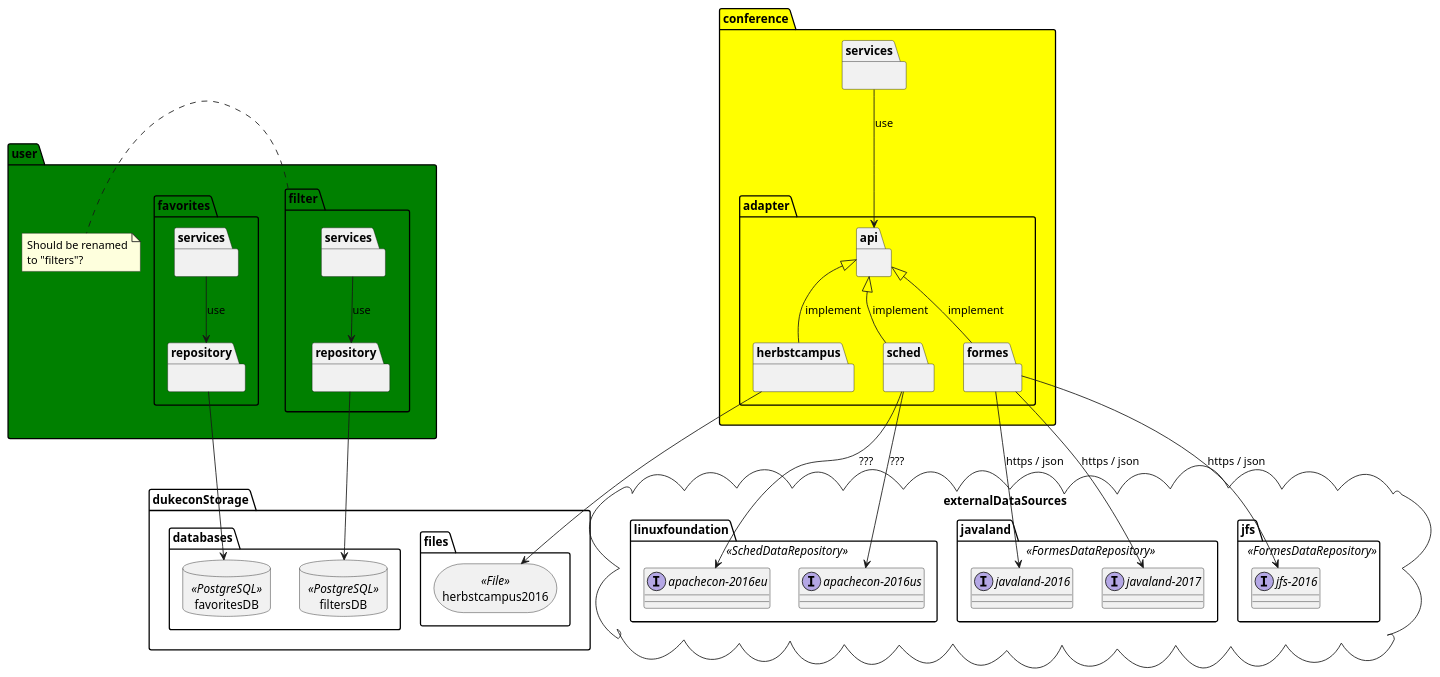
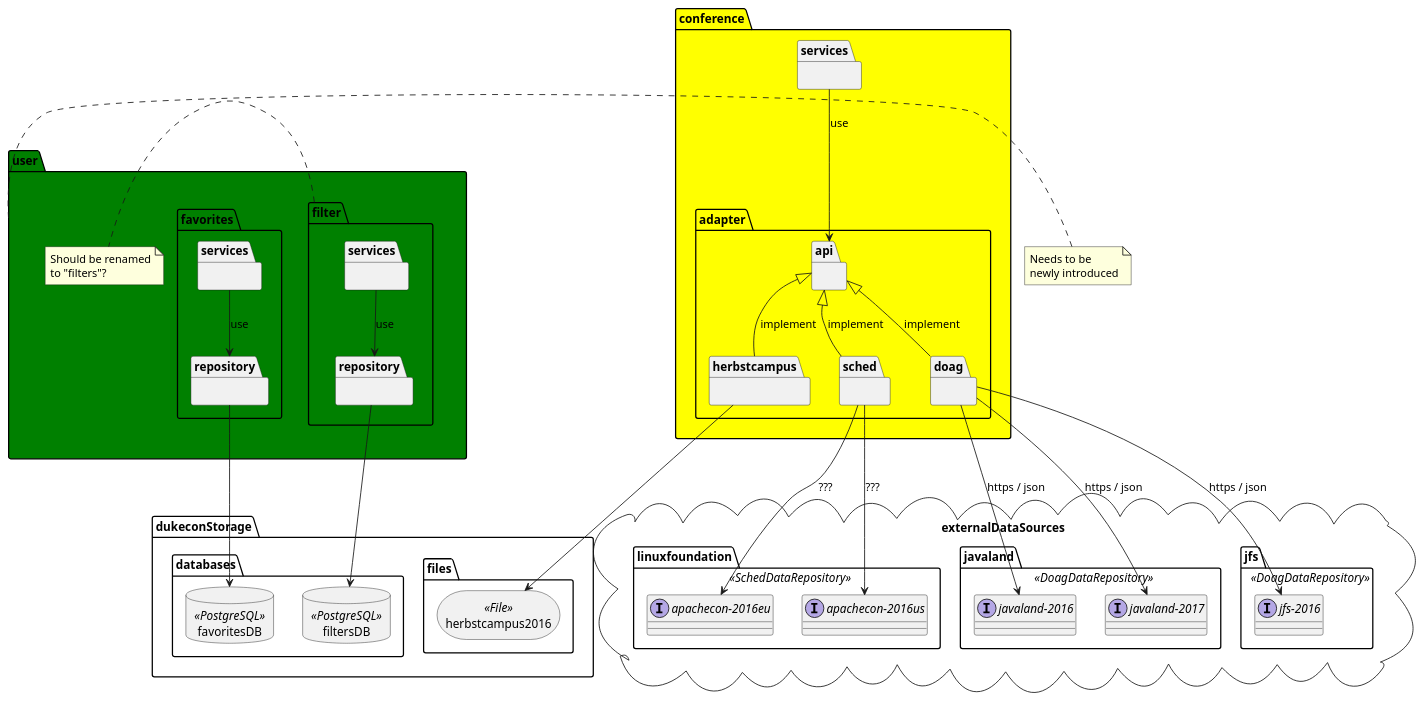
One commit to dukecon/dukecon_server changed the diagram in src/docs/asciidoc/images/level0-whitebox-architecture.puml. Above: the diagram before and after it, drawn with PlantUML.

Commit message:
Renamed "Formes" to "Doag"

```diff
--- a/src/docs/asciidoc/images/level0-whitebox-architecture.puml
+++ b/src/docs/asciidoc/images/level0-whitebox-architecture.puml
@@ -1,87 +1,91 @@
 @startuml
 skinparam componentStyle uml2
 
 'cloud dukecon {
 package "conference" #yellow {
   package "services" as ConferenceServices {
   }
   package adapter as ConferenceAdapters {
     package api as ConferenceAdapterApi {
     }
     package sched as ConferenceAdapterSched {
     }
-    package formes as ConferenceAdapterFormes {
+    package doag as ConferenceAdapterDoag {
     }
     package herbstcampus as ConferenceAdapterHerbstcampus {
     }
     ConferenceAdapterApi <|-- ConferenceAdapterSched : implement
-    ConferenceAdapterApi <|-- ConferenceAdapterFormes : implement
+    ConferenceAdapterApi <|-- ConferenceAdapterDoag : implement
     ConferenceAdapterApi <|-- ConferenceAdapterHerbstcampus : implement
   }
   ConferenceServices --> ConferenceAdapterApi : use
 }
 
 package user #green {
 package "favorites" {
   package services as FavoritesServices {
   }
   package repository as FavoritesRepository {
   }
   FavoritesServices --> FavoritesRepository : use
 }
 
 package filter {
   package services as FiltersServices {
   }
   package repository as FiltersRepository {
   }
   FiltersServices --> FiltersRepository : use
 }
 note right of filter
     Should be renamed
     to "filters"?
 end note
 }
+note left of user
+    Needs to be
+    newly introduced
+end note
 
 package dukeconStorage {
 package databases {
 database favoritesDB <<PostgreSQL>> {
 }
 FavoritesRepository --> favoritesDB
 database filtersDB <<PostgreSQL>> {
 }
 FiltersRepository --> filtersDB
 }
 package files {
 storage herbstcampus2016 <<File>> {
 }
 }
 }
 '}
 ConferenceAdapterHerbstcampus --> herbstcampus2016
 
 cloud externalDataSources {
-  package javaland <<FormesDataRepository>> {
+  package javaland <<DoagDataRepository>> {
     interface "javaland-2016" as javaland2016
     interface "javaland-2017" as javaland2017
   }
-  package jfs <<FormesDataRepository>> {
+  package jfs <<DoagDataRepository>> {
     interface "jfs-2016" as jfs2016
   }
   package linuxfoundation <<SchedDataRepository>> {
     interface "apachecon-2016eu" as apachecon2016eu
     interface "apachecon-2016us" as apachecon2016us
   }
 }
-ConferenceAdapterFormes -down-> javaland2016 : https / json
-ConferenceAdapterFormes -down-> javaland2017 : https / json
-ConferenceAdapterFormes -down-> jfs2016 : https / json
+ConferenceAdapterDoag -down-> javaland2016 : https / json
+ConferenceAdapterDoag -down-> javaland2017 : https / json
+ConferenceAdapterDoag -down-> jfs2016 : https / json
 ConferenceAdapterSched -down-> apachecon2016eu : ???
 ConferenceAdapterSched -down-> apachecon2016us : ???
-'javaland2016 <--  ConferenceAdapterFormes : https / json
-'javaland2017 <--  ConferenceAdapterFormes : https / json
-'jfs2016 <--  ConferenceAdapterFormes: https / json
+'javaland2016 <--  ConferenceAdapterDoag : https / json
+'javaland2017 <--  ConferenceAdapterDoag : https / json
+'jfs2016 <--  ConferenceAdapterDoag: https / json
 'apachecon2016eu <-- ConferenceAdapterSched : ???
 'apachecon2016us <-- ConferenceAdapterSched : ???
 
 @enduml
```
